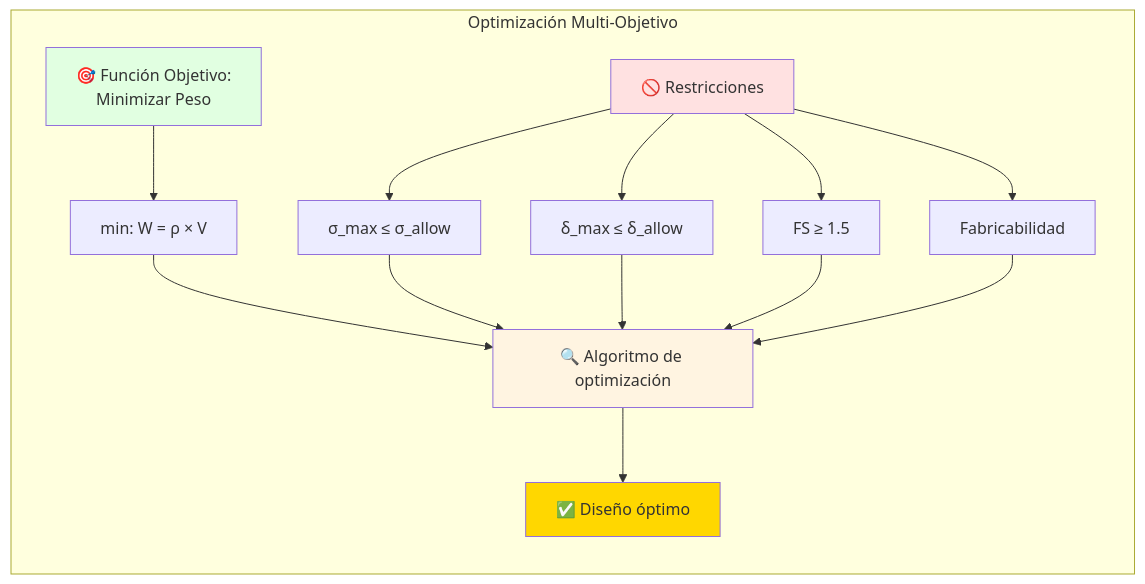
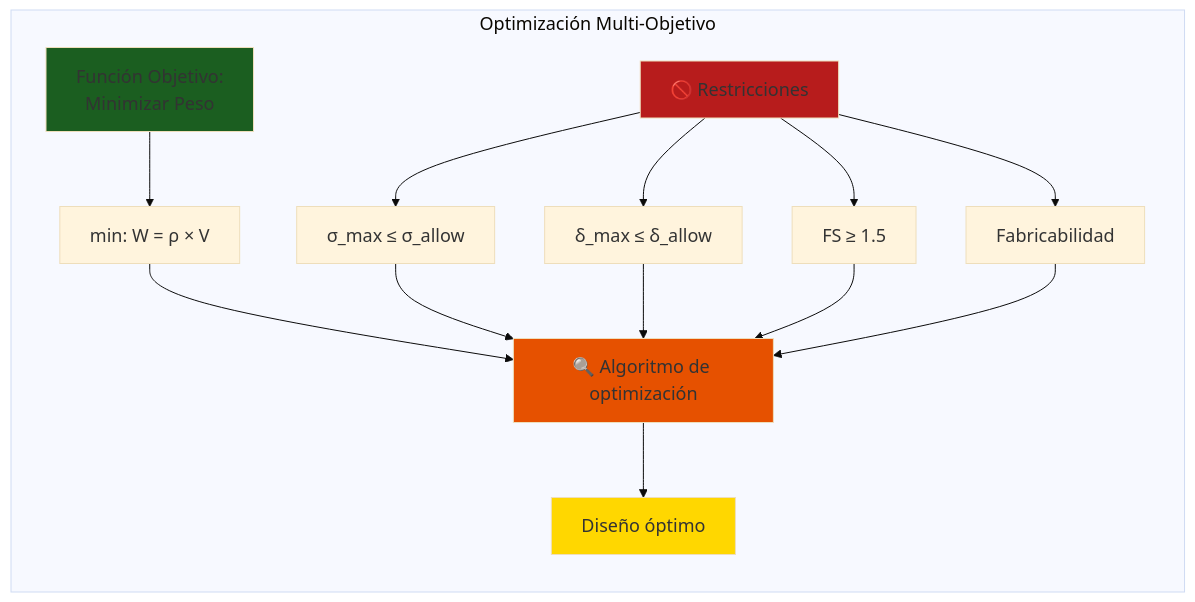
Before and after one commit to Ai-Whisperers/Courses-Content: diagram 14 of 18 in courses/🟡-development/FPUNA-2026/03-INGENIERIA-AERONAUTICA/03-estructuras-materiales.md, drawn with Mermaid. The commit also changed other lines of this file and 47 other files, not shown here.

First line of the commit message:
fix: Make all 473 diagrams WCAG AAA accessible (FPUNA-2026)

````diff
--- a/courses/🟡-development/FPUNA-2026/03-INGENIERIA-AERONAUTICA/03-estructuras-materiales.md
+++ b/courses/🟡-development/FPUNA-2026/03-INGENIERIA-AERONAUTICA/03-estructuras-materiales.md
@@ -924,27 +937,28 @@
 ```mermaid
+%%{init: {'theme':'base', 'themeVariables': {'fontSize':'18px'}}}%%
 graph LR
     subgraph "Optimización Multi-Objetivo"
-        A[🎯 Función Objetivo:<br/>Minimizar Peso]
+        A[Función Objetivo:<br/>Minimizar Peso]
         B[🚫 Restricciones]
         
         A --> C[min: W = ρ × V]
         
         B --> D[σ_max ≤ σ_allow]
         B --> E[δ_max ≤ δ_allow]
         B --> F[FS ≥ 1.5]
         B --> G[Fabricabilidad]
         
         C --> H[🔍 Algoritmo de optimización]
         D --> H
         E --> H
         F --> H
         G --> H
         
-        H --> I[✅ Diseño óptimo]
+        H --> I[Diseño óptimo]
     end
     
-    style A fill:#E1FFE1
-    style B fill:#FFE1E1
-    style H fill:#FFF4E1
+    style A fill:#1b5e20
+    style B fill:#b71c1c
+    style H fill:#e65100
     style I fill:#FFD700
 ```
````
